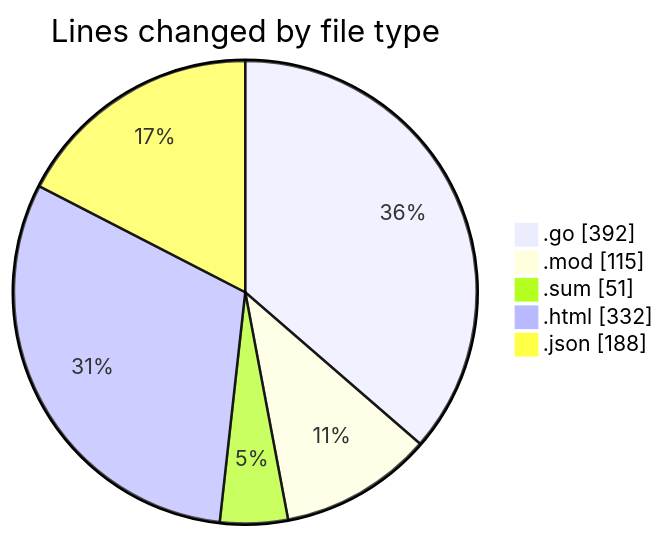
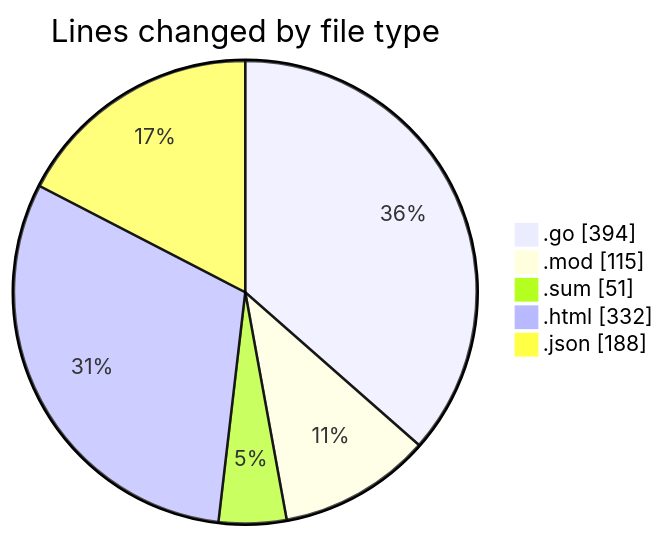
Before and after one commit to Ritupan-Deka/code-tracking: the first of 2 diagrams in 2025-11-01/backend/README.md, drawn with Mermaid. The commit also changed other lines of this file and 1 other file, not shown here.

````diff
--- a/2025-11-01/backend/README.md
+++ b/2025-11-01/backend/README.md
@@ -34,9 +34,9 @@
 ```mermaid
 pie showData
 title Lines changed by file type
-".go" : 392
+".go" : 394
 ".mod" : 115
 ".sum" : 51
 ".html" : 332
 ".json" : 188
 ```
````
